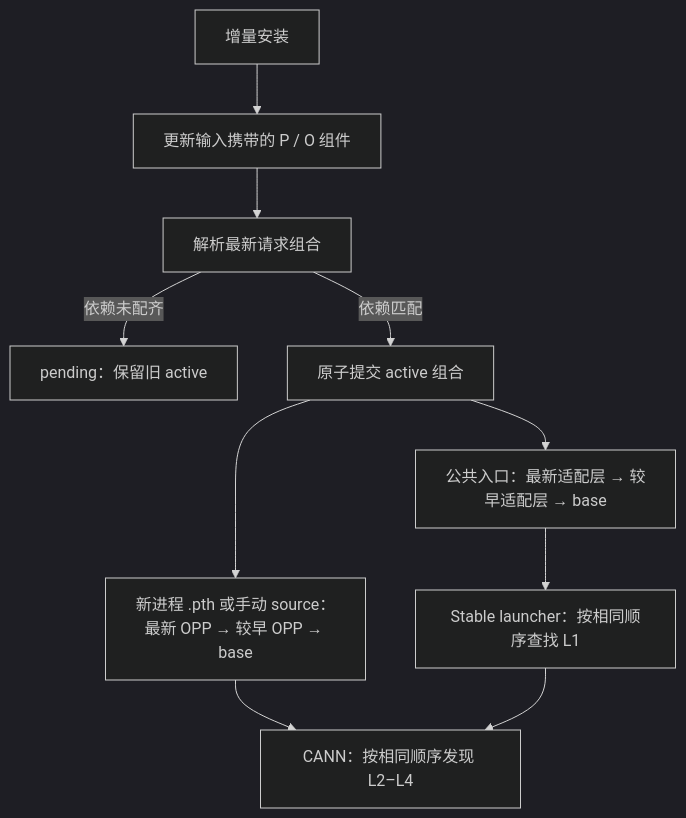
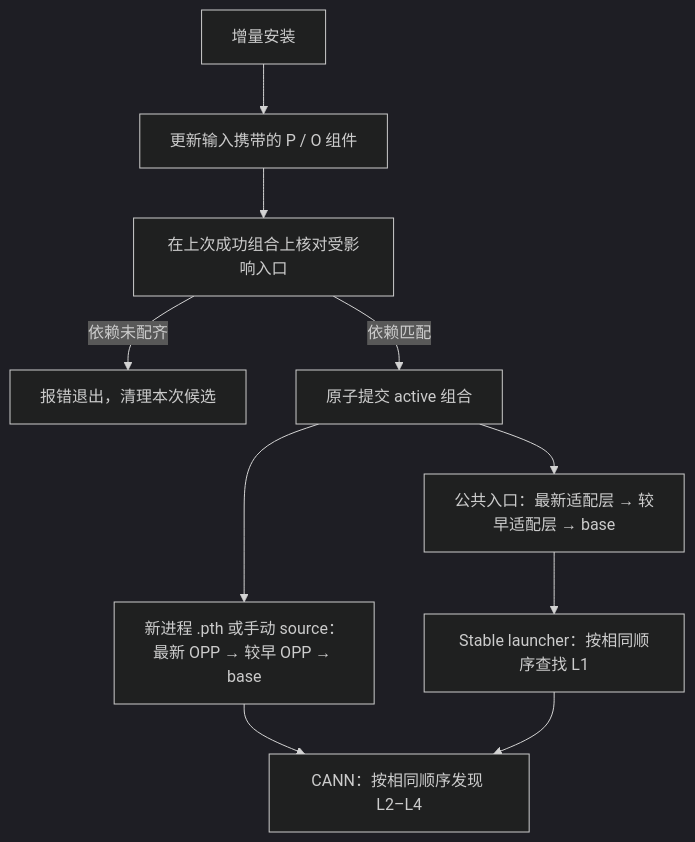
One commit to flashserve/flash-linear-attention-npu changed the diagram in docs/OPP叠加层增量设计.md. Above: the diagram before and after it, drawn with Mermaid (dark theme). The commit also changed other lines of this file and 12 other files, not shown here.

````diff
--- a/docs/OPP叠加层增量设计.md
+++ b/docs/OPP叠加层增量设计.md
@@ -51,12 +50,12 @@
 ```mermaid
 flowchart TD
     I[增量安装] --> P[更新输入携带的 P / O 组件]
-    P --> R[解析最新请求组合]
-    R -->|依赖未配齐| Q[pending：保留旧 active]
+    P --> R[在上次成功组合上核对受影响入口]
+    R -->|依赖未配齐| Q[报错退出，清理本次候选]
     R -->|依赖匹配| A[原子提交 active 组合]
     A --> E[新进程 .pth 或手动 source：最新 OPP → 较早 OPP → base]
     A --> W[公共入口：最新适配层 → 较早适配层 → base]
     E --> C[CANN：按相同顺序发现 L2–L4]
     W --> H[Stable launcher：按相同顺序查找 L1]
     H --> C
 ```
````
